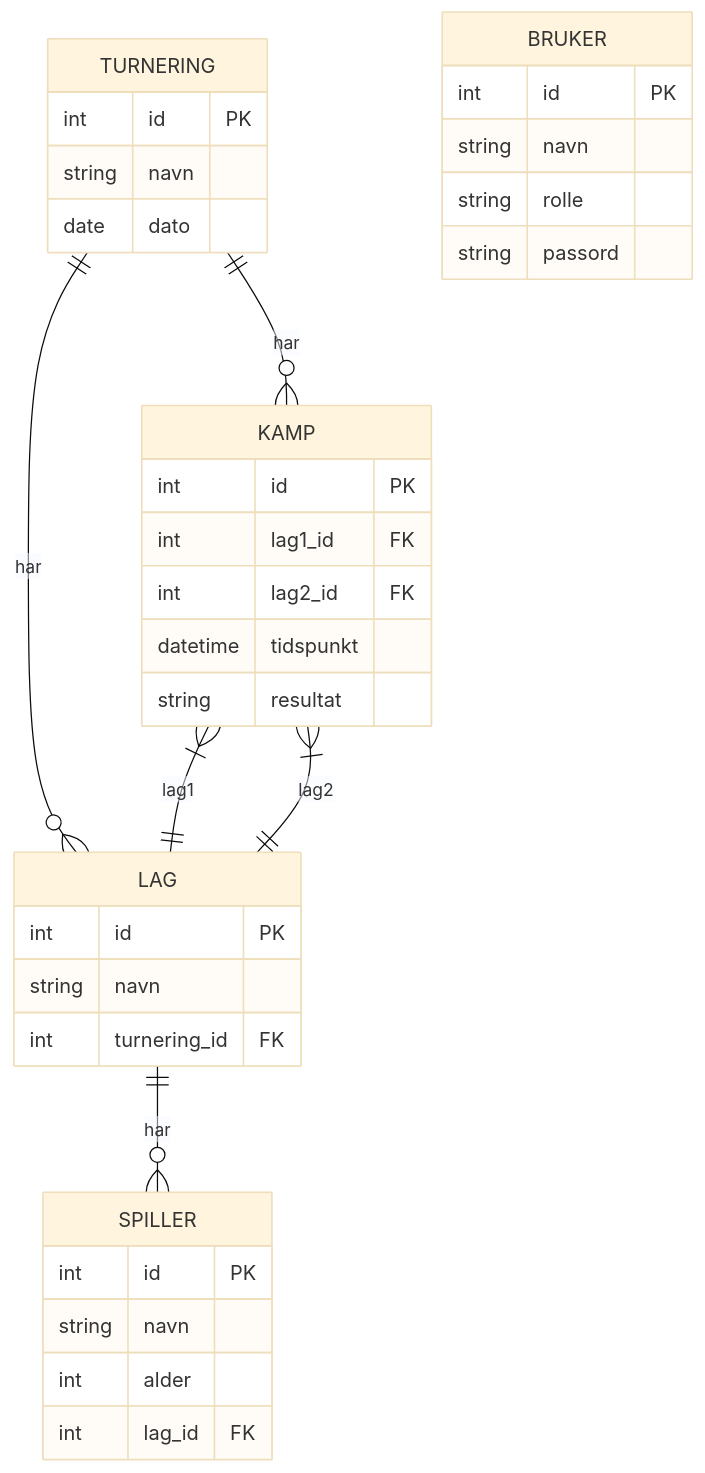
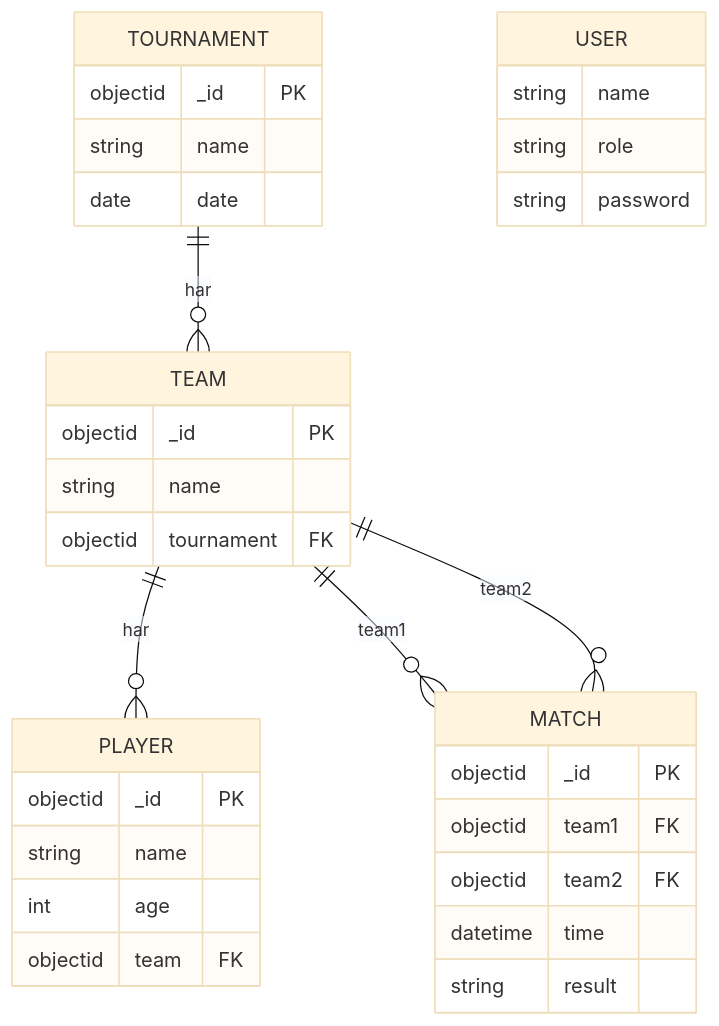
Before and after one commit to IdemuMD/idrett_kart: the first of 4 diagrams in README.md, drawn with Mermaid (base theme). The commit also changed other lines of this file and 14 other files, not shown here.

````diff
--- a/README.md
+++ b/README.md
@@ -20,38 +22,40 @@
 ```mermaid
 erDiagram
-    TURNERING ||--o{ LAG : "har"
-    LAG ||--o{ SPILLER : "har"
-    TURNERING ||--o{ KAMP : "har"
-    KAMP }|--|| LAG : "lag1"
-    KAMP }|--|| LAG : "lag2"
+    TOURNAMENT ||--o{ TEAM : "har"
+    TEAM ||--o{ PLAYER : "har"
+    TEAM ||--o{ MATCH : "team1"
+    TEAM ||--o{ MATCH : "team2"
 
-    TURNERING {
-        int id PK
-        string navn
-        date dato
+    USER {
+        string name
+        string role
+        string password
     }
-    LAG {
-        int id PK
-        string navn
-        int turnering_id FK
+
+    TOURNAMENT {
+        objectid _id PK
+        string name
+        date date
     }
-    SPILLER {
-        int id PK
-        string navn
-        int alder
-        int lag_id FK
+
+    TEAM {
+        objectid _id PK
+        string name
+        objectid tournament FK
     }
-    KAMP {
-        int id PK
-        int lag1_id FK
-        int lag2_id FK
-        datetime tidspunkt
-        string resultat
+
+    PLAYER {
+        objectid _id PK
+        string name
+        int age
+        objectid team FK
     }
-    BRUKER {
-        int id PK
-        string navn
-        string rolle
-        string passord
+
+    MATCH {
+        objectid _id PK
+        objectid team1 FK
+        objectid team2 FK
+        datetime time
+        string result
     }
 ```
````
